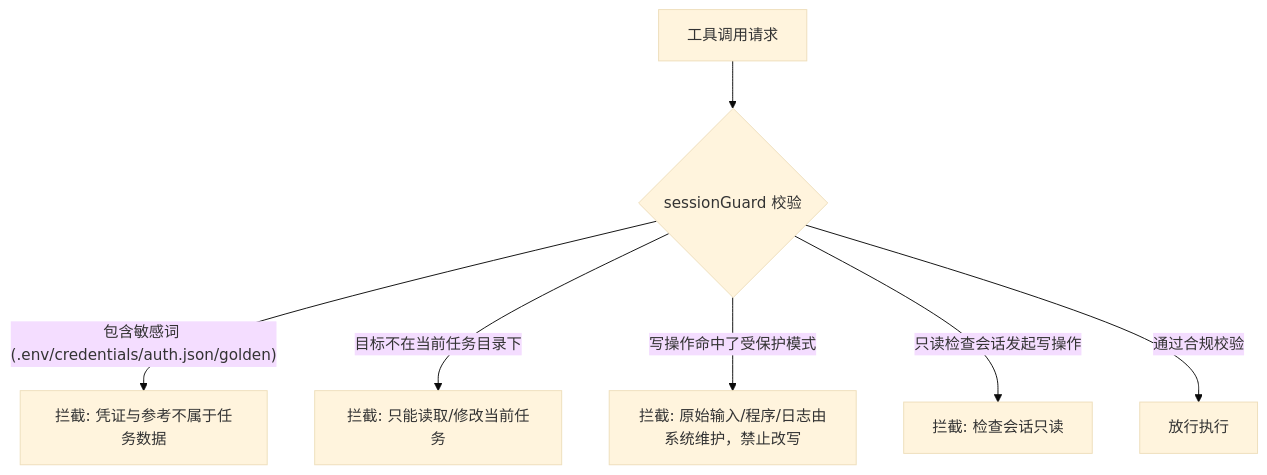
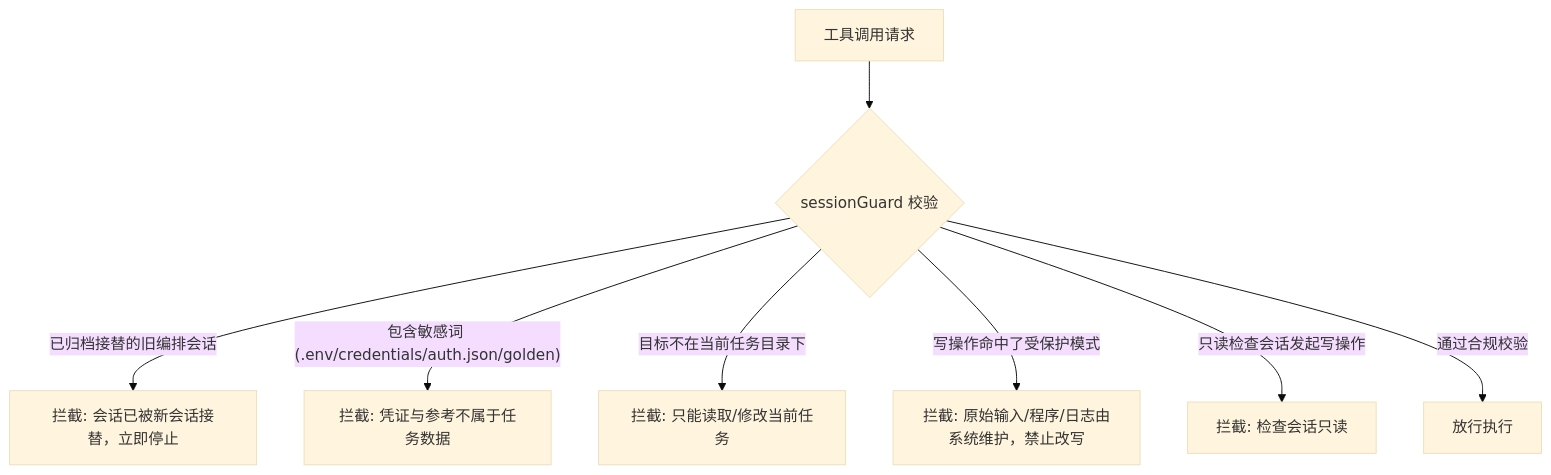
The first of 2 diagrams in docs/PIPELINE-MANUAL.md (helix-drop/dsh-paper-reader), drawn with Mermaid (base theme) before and after one commit. The commit also changed other lines of this file and 87 other files, not shown here.

````diff
--- a/docs/PIPELINE-MANUAL.md
+++ b/docs/PIPELINE-MANUAL.md
@@ -92,9 +93,10 @@
 ```mermaid
 flowchart TD
     Req[工具调用请求] --> Guard{sessionGuard 校验}
+    Guard -- 已归档接替的旧编排会话 --> Deny0[拦截: 会话已被新会话接替，立即停止]
     Guard -- 包含敏感词 (.env/credentials/auth.json/golden) --> Deny1[拦截: 凭证与参考不属于任务数据]
     Guard -- 目标不在当前任务目录下 --> Deny2[拦截: 只能读取/修改当前任务]
     Guard -- 写操作命中了受保护模式 --> Deny3[拦截: 原始输入/程序/日志由系统维护，禁止改写]
     Guard -- 只读检查会话发起写操作 --> Deny4[拦截: 检查会话只读]
     Guard -- 通过合规校验 --> Allow[放行执行]
 ```
````
